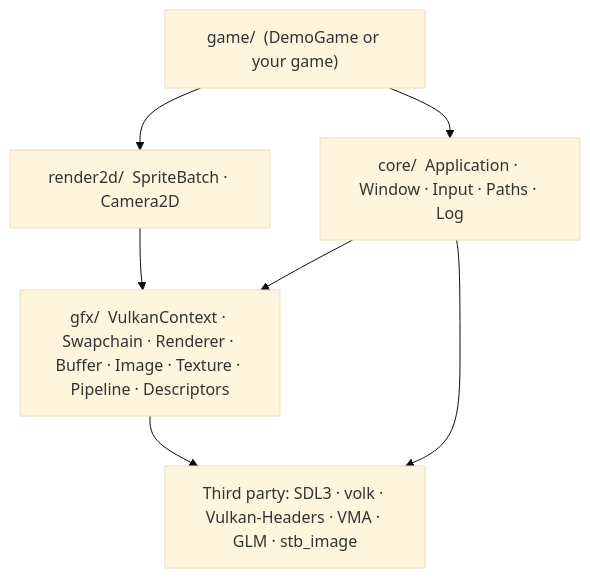
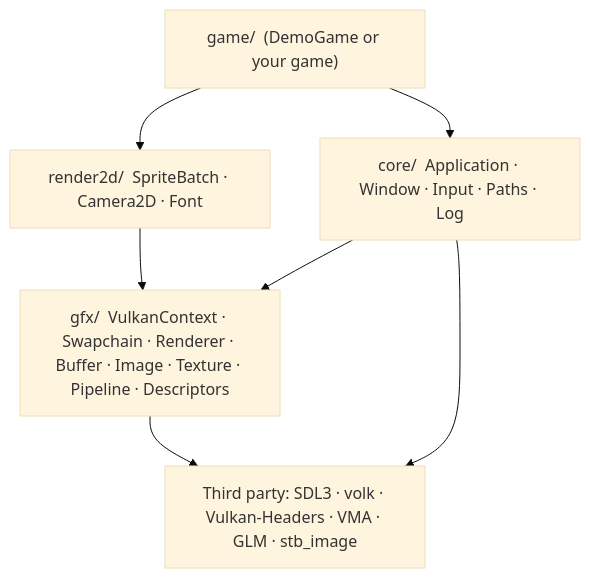
The first of 7 diagrams in docs/ARCHITECTURE.md (Chuck5ta/2DBaseFramework), drawn with Mermaid (base theme) before and after one commit. The commit also changed other lines of this file and 13 other files, not shown here.

````diff
--- a/docs/ARCHITECTURE.md
+++ b/docs/ARCHITECTURE.md
@@ -33,15 +33,15 @@
 ```mermaid
 flowchart TD
     game["game/  (DemoGame or your game)"]
-    r2d["render2d/  SpriteBatch · Camera2D"]
+    r2d["render2d/  SpriteBatch · Camera2D · Font"]
     core["core/  Application · Window · Input · Paths · Log"]
     gfx["gfx/  VulkanContext · Swapchain · Renderer · Buffer · Image · Texture · Pipeline · Descriptors"]
     third["Third party: SDL3 · volk · Vulkan-Headers · VMA · GLM · stb_image"]
 
     game --> r2d
     game --> core
     r2d --> gfx
     core --> gfx
     gfx --> third
     core --> third
 ```
````
